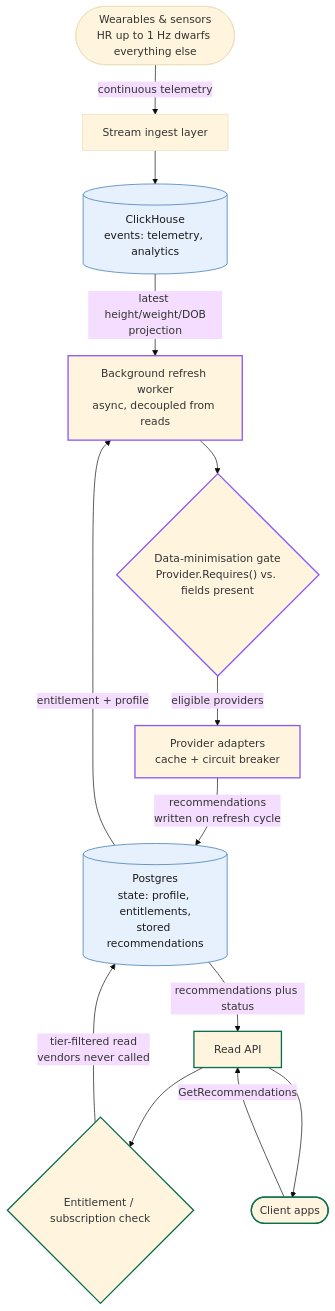
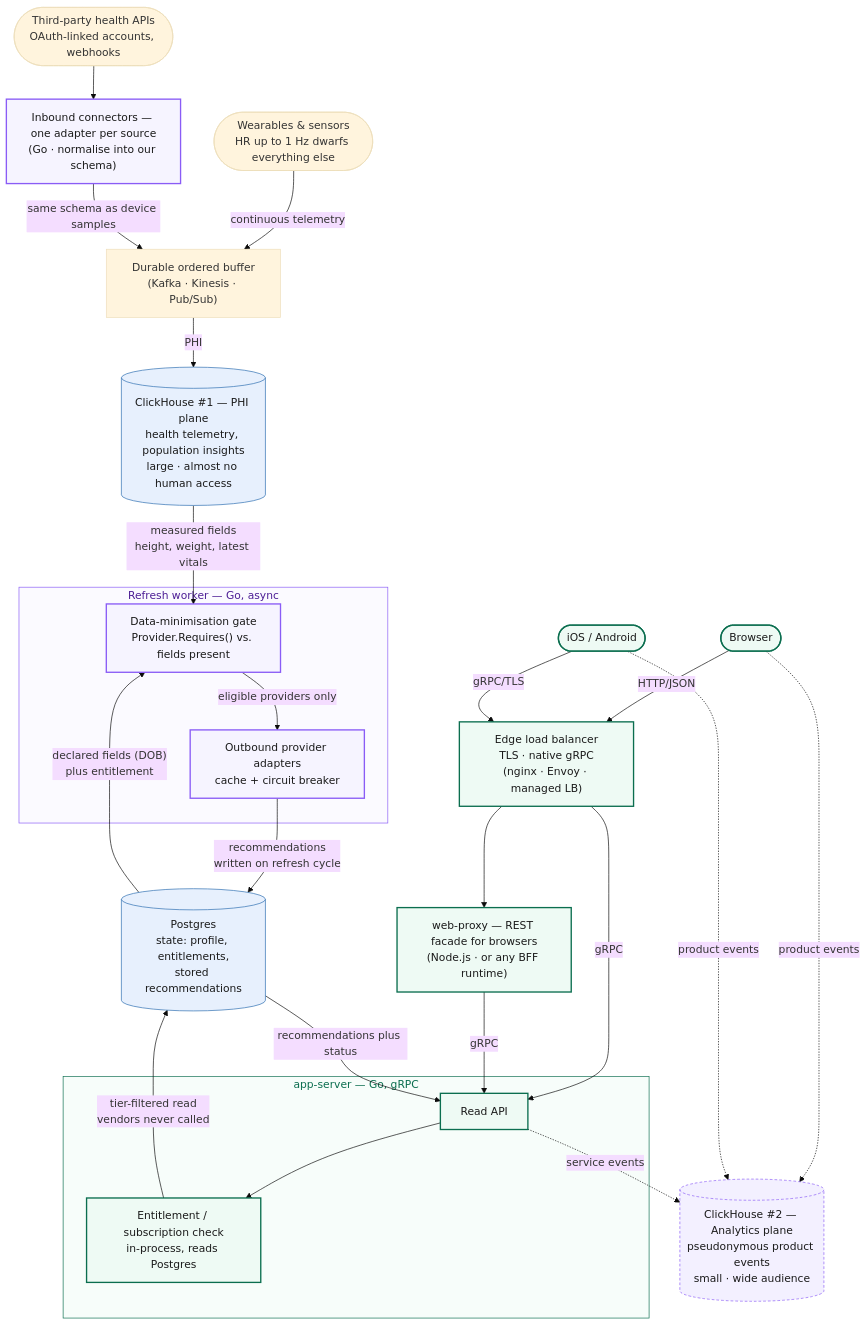
One commit to alexeykomov/asmt-session-2026-08-03 changed the fourth of 5 diagrams in docs/architecture-diagrams.md. Above: the diagram before and after it, drawn with Mermaid (base theme). The commit also changed other lines of this file, not shown here.

First paragraph of the commit message:
docs: make the production diagram name its stacks and its real seams
Five corrections to diagram 4, all from review:

````diff
--- a/docs/architecture-diagrams.md
+++ b/docs/architecture-diagrams.md
@@ -179,36 +189,65 @@
 ```mermaid
 flowchart TD
     Devices(["Wearables & sensors<br/>HR up to 1 Hz dwarfs everything else"])
-    Stream["Stream ingest layer"]
-    CH[("ClickHouse<br/>events: telemetry, analytics")]
-    Refresh["Background refresh worker<br/>async, decoupled from reads"]
-    Gate{"Data-minimisation gate<br/>Provider.Requires() vs. fields present"}
-    Adapters["Provider adapters<br/>cache + circuit breaker"]
+    Partners(["Third-party health APIs<br/>OAuth-linked accounts, webhooks"])
+    Connectors["Inbound connectors — one adapter per source<br/>(Go · normalise into our schema)"]
+    Stream["Durable ordered buffer<br/>(Kafka · Kinesis · Pub/Sub)"]
+    CH1[("ClickHouse #1 — PHI plane<br/>health telemetry, population insights<br/>large · almost no human access")]
+    CH2[("ClickHouse #2 — Analytics plane<br/>pseudonymous product events<br/>small · wide audience")]
     PG[("Postgres<br/>state: profile, entitlements,<br/>stored recommendations")]
-    Entitlement{"Entitlement / subscription check"}
-    API["Read API"]
-    Client(["Client apps"])
+
+    subgraph Worker["Refresh worker — Go, async"]
+        Gate["Data-minimisation gate<br/>Provider.Requires() vs. fields present"]
+        Adapters["Outbound provider adapters<br/>cache + circuit breaker"]
+    end
+
+    subgraph AppServer["app-server — Go, gRPC"]
+        API["Read API"]
+        Entitlement["Entitlement / subscription check<br/>in-process, reads Postgres"]
+    end
+
+    WebProxy["web-proxy — REST facade for browsers<br/>(Node.js · or any BFF runtime)"]
+    Edge["Edge load balancer<br/>TLS · native gRPC<br/>(nginx · Envoy · managed LB)"]
+    Browser(["Browser"])
+    Native(["iOS / Android"])
 
     Devices -- "continuous telemetry" --> Stream
-    Stream --> CH
-    CH -- "latest height/weight/DOB<br/>projection" --> Refresh
-    PG -- "entitlement + profile" --> Refresh
-    Refresh --> Gate
-    Gate -- "eligible providers" --> Adapters
+    Partners --> Connectors
+    Connectors -- "same schema as device samples" --> Stream
+    Stream -- "PHI" --> CH1
+    CH1 -- "measured fields<br/>height, weight, latest vitals" --> Gate
+    PG -- "declared fields (DOB)<br/>plus entitlement" --> Gate
+    Gate -- "eligible providers only" --> Adapters
     Adapters -- "recommendations<br/>written on refresh cycle" --> PG
 
-    Client -- "GetRecommendations" --> API
+    Browser -- "HTTP/JSON" --> Edge
+    Native -- "gRPC/TLS" --> Edge
+    Edge --> WebProxy
+    Edge -- "gRPC" --> API
+    WebProxy -- "gRPC" --> API
     API --> Entitlement
     Entitlement -- "tier-filtered read<br/>vendors never called" --> PG
     PG -- "recommendations plus status" --> API
-    API --> Client
+
+    Browser -. "product events" .-> CH2
+    Native -. "product events" .-> CH2
+    API -. "service events" .-> CH2
 
     classDef store fill:#e7f0fd,stroke:#2b6cb0,color:#1a1a1a;
-    class PG,CH store;
+    class PG,CH1 store;
 
-    classDef async stroke:#8a5cf6,stroke-width:2px;
-    class Refresh,Gate,Adapters async;
+    classDef analytics fill:#f3f0ff,stroke:#8a5cf6,stroke-dasharray: 4 3,color:#1a1a1a;
+    class CH2 analytics;
 
-    classDef read stroke:#0b6e4f,stroke-width:2px;
-    class API,Entitlement,Client read;
+    classDef async fill:#f6f4ff,stroke:#8a5cf6,stroke-width:2px,color:#1a1a1a;
+    class Gate,Adapters,Connectors async;
+
+    classDef read fill:#eefaf4,stroke:#0b6e4f,stroke-width:2px,color:#1a1a1a;
+    class API,Entitlement,Browser,Native,Edge,WebProxy read;
+
+    classDef groupAsync fill:#fbfaff,stroke:#8a5cf6,stroke-width:1px,color:#4c1d95;
+    class Worker groupAsync;
+
+    classDef groupRead fill:#f7fdfa,stroke:#0b6e4f,stroke-width:1px,color:#0b6e4f;
+    class AppServer groupRead;
 ```
````
